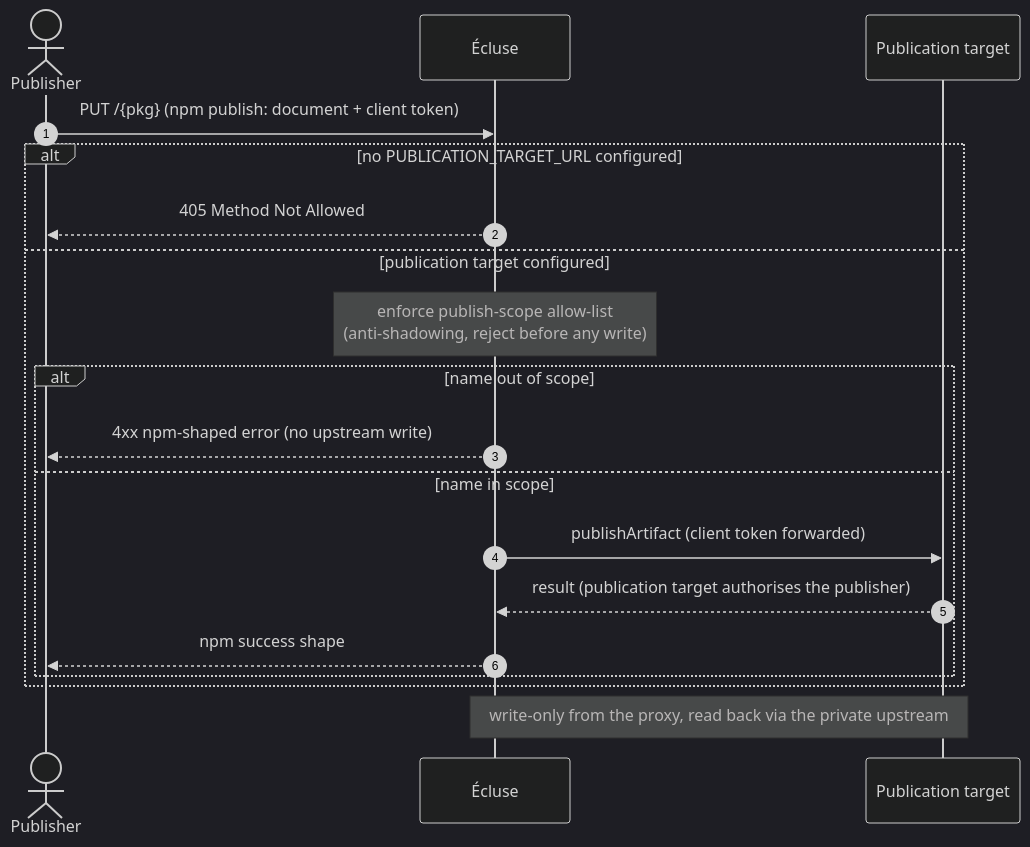
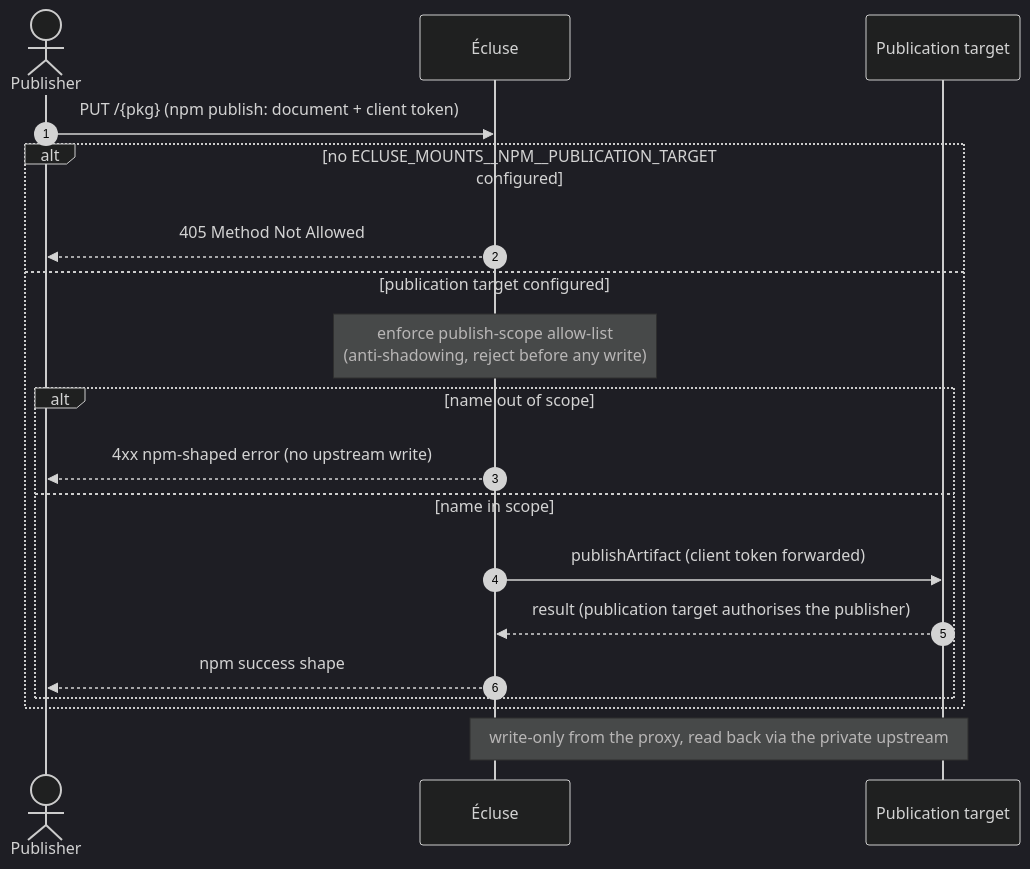
One commit to AlexaDeWit/Ecluse changed the eighth of 8 diagrams in docs/architecture/diagrams.md. Above: the diagram before and after it, drawn with Mermaid (dark theme). The commit also changed other lines of this file and 72 other files, not shown here.

````diff
--- a/docs/architecture/diagrams.md
+++ b/docs/architecture/diagrams.md
@@ -303,22 +303,22 @@
 ```mermaid
 sequenceDiagram
     autonumber
     actor Client as Publisher
     participant E as Écluse
     participant PubT as Publication target
 
     Client->>E: PUT /{pkg} (npm publish: document + client token)
-    alt no PUBLICATION_TARGET_URL configured
+    alt no ECLUSE_MOUNTS__NPM__PUBLICATION_TARGET configured
         E-->>Client: 405 Method Not Allowed
     else publication target configured
         Note over E: enforce publish-scope allow-list<br/>(anti-shadowing, reject before any write)
         alt name out of scope
             E-->>Client: 4xx npm-shaped error (no upstream write)
         else name in scope
             E->>PubT: publishArtifact (client token forwarded)
             PubT-->>E: result (publication target authorises the publisher)
             E-->>Client: npm success shape
         end
     end
     Note over E,PubT: write-only from the proxy, read back via the private upstream
 ```
````
